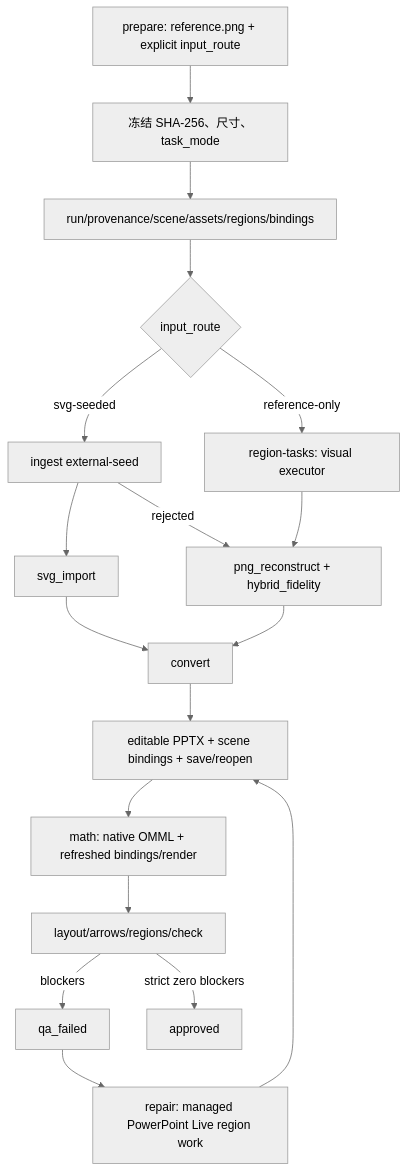
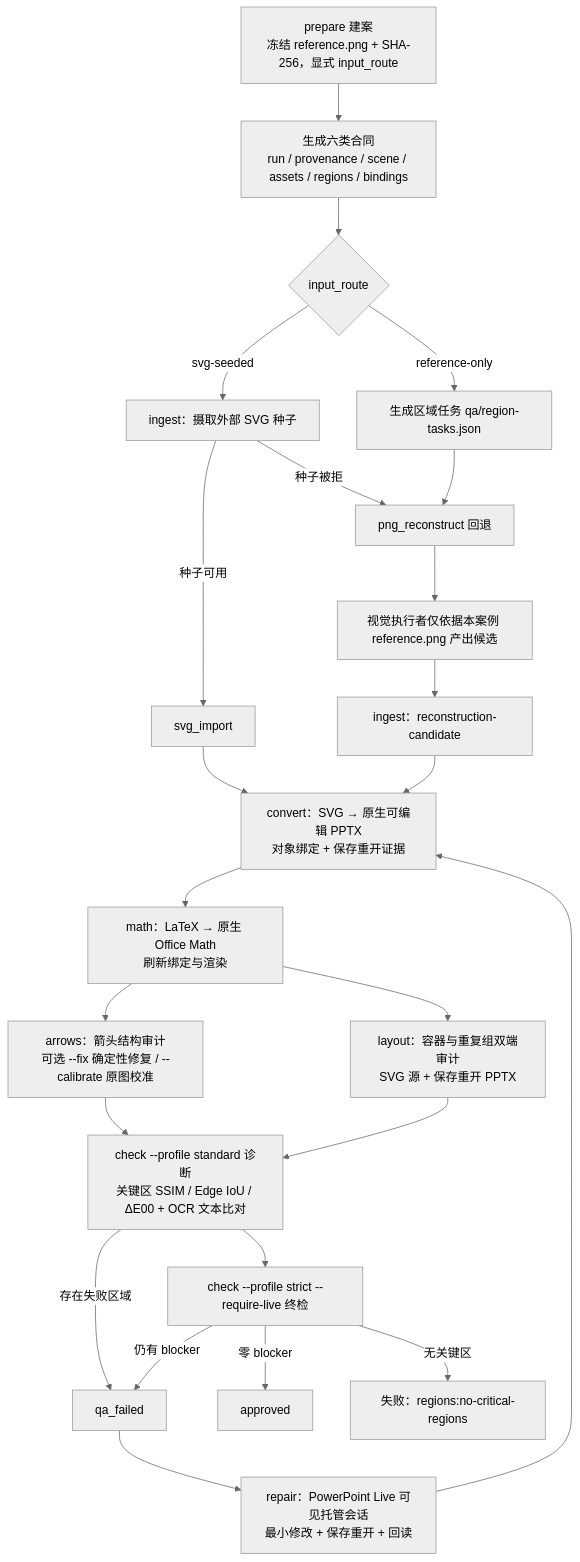
Before and after one commit to let778750-cpu/autofigure: the diagram in PROJECT_ARCHITECTURE.md, drawn with Mermaid (neutral theme). The commit also changed other lines of this file, not shown here.

Commit message:
docs: 按当前管线重绘架构流程图并补全治理命令
- §2 数据流图全面中文化,补齐最新进展:arrows 箭头结构审计(可选
  --fix/--calibrate)、layout 双端审计、check standard/strict 分离,
  strict 三出口(零 blocker→approved/有 blocker→qa_failed/
  无关键区→regions:no-critical-regions),png_reconstruct 回退与
  reference-only 区域任务合流、视觉执行者候选摄取路径
- §9 更名"案例治理与项目卫生",登记 autofigure hygiene 与
  交付清理三分流边界(history/ ADR 为教训归宿)
- 全仓 hygiene 自扫通过(规则描述措辞规避自引用误报)

````diff
--- a/PROJECT_ARCHITECTURE.md
+++ b/PROJECT_ARCHITECTURE.md
@@ -21,20 +21,26 @@
 ```mermaid
 flowchart TD
-    A[prepare: reference.png + explicit input_route] --> B[冻结 SHA-256、尺寸、task_mode]
-    B --> C[run/provenance/scene/assets/regions/bindings]
-    C --> D{input_route}
-    D -->|svg-seeded| E[ingest external-seed]
-    D -->|reference-only| F[region-tasks: visual executor]
-    E --> G[svg_import]
-    E -->|rejected| H[png_reconstruct + hybrid_fidelity]
-    F --> H
-    G --> I[convert]
-    H --> I
-    I --> J[editable PPTX + scene bindings + save/reopen]
-    J --> K[math: native OMML + refreshed bindings/render]
-    K --> L[layout/arrows/regions/check]
-    L -->|blockers| M[qa_failed]
-    M --> N[repair: managed PowerPoint Live region work]
-    N --> J
-    L -->|strict zero blockers| O[approved]
+    A["prepare 建案<br/>冻结 reference.png + SHA-256，显式 input_route"] --> B["生成六类合同<br/>run / provenance / scene / assets / regions / bindings"]
+    B --> C{"input_route"}
+    C -->|"svg-seeded"| D["ingest：摄取外部 SVG 种子"]
+    C -->|"reference-only"| E["生成区域任务 qa/region-tasks.json"]
+    D -->|"种子可用"| F["svg_import"]
+    D -->|"种子被拒"| G["png_reconstruct 回退"]
+    E --> G
+    G --> H["视觉执行者仅依据本案例 reference.png 产出候选"]
+    H --> I["ingest：reconstruction-candidate"]
+    F --> J["convert：SVG → 原生可编辑 PPTX<br/>对象绑定 + 保存重开证据"]
+    I --> J
+    J --> K["math：LaTeX → 原生 Office Math<br/>刷新绑定与渲染"]
+    K --> L["arrows：箭头结构审计<br/>可选 --fix 确定性修复 / --calibrate 原图校准"]
+    K --> M["layout：容器与重复组双端审计<br/>SVG 源 + 保存重开 PPTX"]
+    L --> N["check --profile standard 诊断<br/>关键区 SSIM / Edge IoU / ΔE00 + OCR 文本比对"]
+    M --> N
+    N -->|"存在失败区域"| O["qa_failed"]
+    O --> P["repair：PowerPoint Live 可见托管会话<br/>最小修改 + 保存重开 + 回读"]
+    P --> J
+    N --> Q["check --profile strict --require-live 终检"]
+    Q -->|"零 blocker"| R["approved"]
+    Q -->|"仍有 blocker"| O
+    Q -->|"无关键区"| S["失败：regions:no-critical-regions"]
 ```
````
